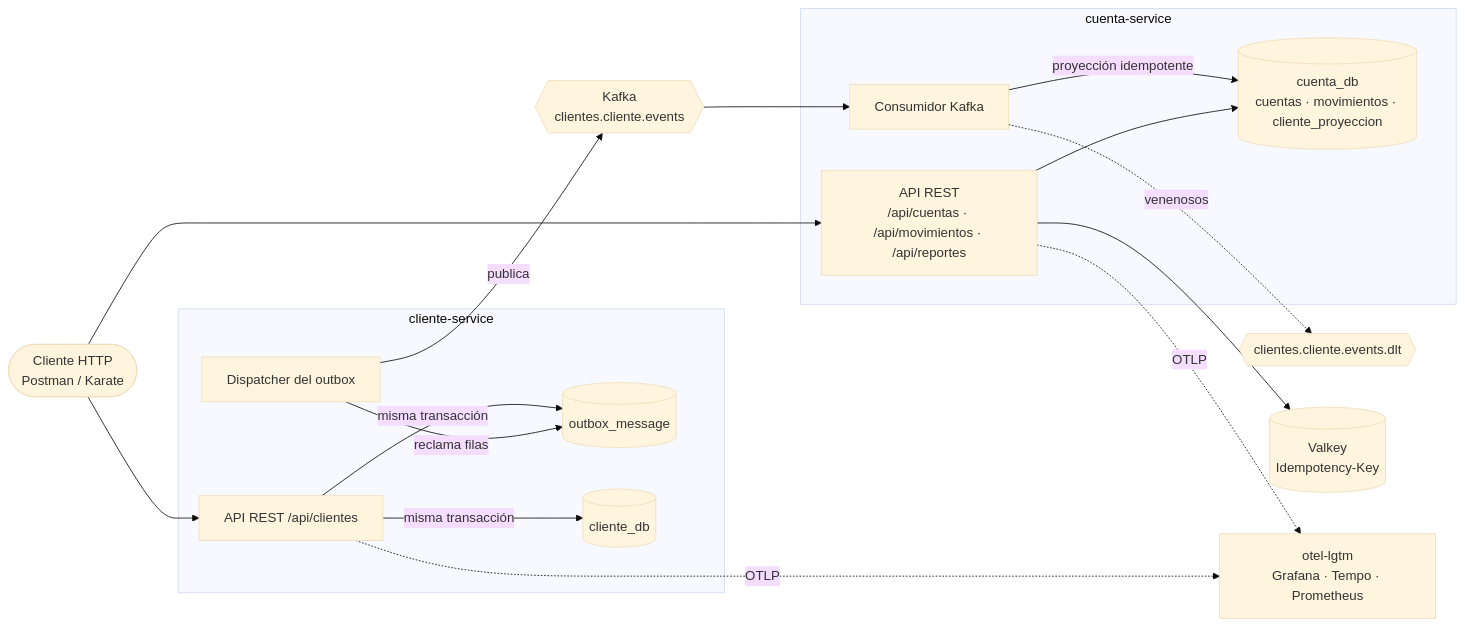
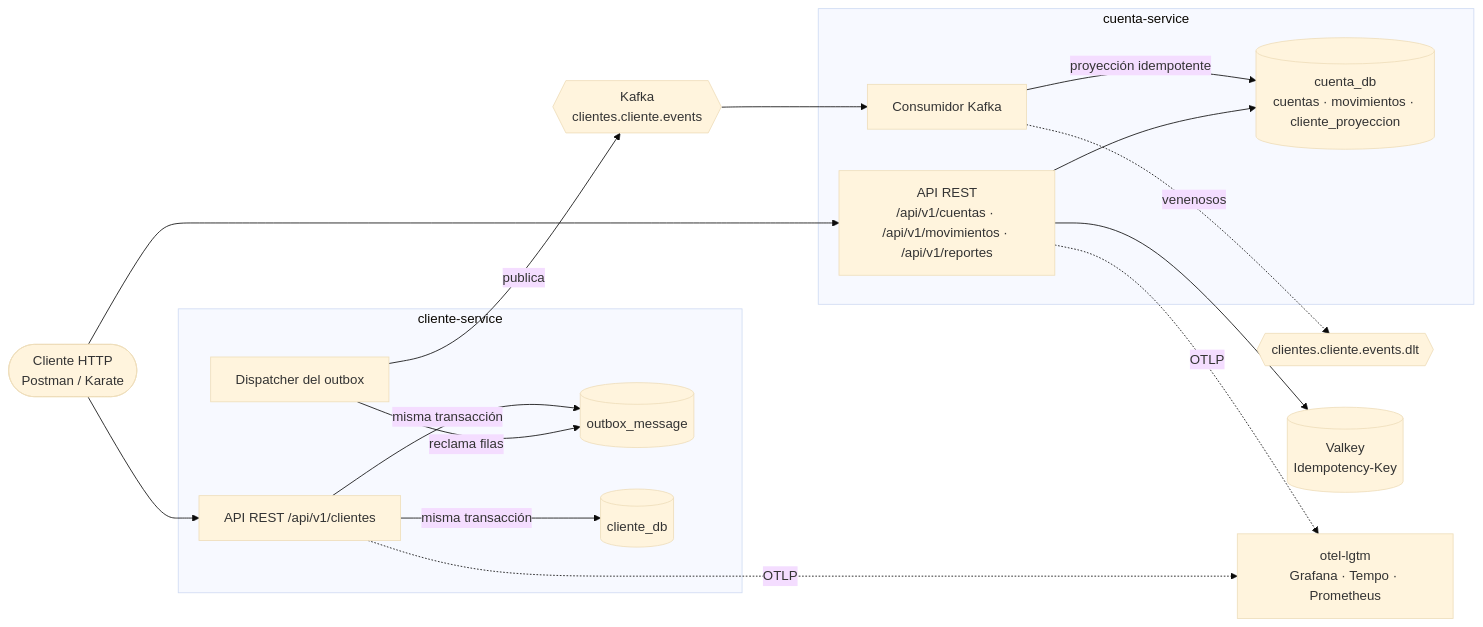
Before and after one commit to andresmontoyat/devsu: the first of 6 diagrams in docs/arquitectura.md, drawn with Mermaid (base theme). The commit also changed 30 other files, not shown here.

````diff
--- a/docs/arquitectura.md
+++ b/docs/arquitectura.md
@@ -14,36 +14,36 @@
 ```mermaid
 flowchart LR
     usuario([Cliente HTTP<br/>Postman / Karate])
 
     subgraph cs[cliente-service]
-        capi[API REST /api/clientes]
+        capi[API REST /api/v1/clientes]
         cout[(outbox_message)]
         cdb[(cliente_db)]
         disp[Dispatcher del outbox]
     end
 
     subgraph qs[cuenta-service]
-        qapi[API REST<br/>/api/cuentas · /api/movimientos · /api/reportes]
+        qapi[API REST<br/>/api/v1/cuentas · /api/v1/movimientos · /api/v1/reportes]
         cons[Consumidor Kafka]
         qdb[(cuenta_db<br/>cuentas · movimientos · cliente_proyeccion)]
     end
 
     kafka{{Kafka<br/>clientes.cliente.events}}
     dlt{{clientes.cliente.events.dlt}}
     valkey[(Valkey<br/>Idempotency-Key)]
     lgtm[otel-lgtm<br/>Grafana · Tempo · Prometheus]
 
     usuario --> capi
     usuario --> qapi
     capi -- misma transacción --> cdb
     capi -- misma transacción --> cout
     disp -- reclama filas --> cout
     disp -- publica --> kafka
     kafka --> cons
     cons -- proyección idempotente --> qdb
     cons -. venenosos .-> dlt
     qapi --> qdb
     qapi --> valkey
     capi -. OTLP .-> lgtm
     qapi -. OTLP .-> lgtm
 ```
````
